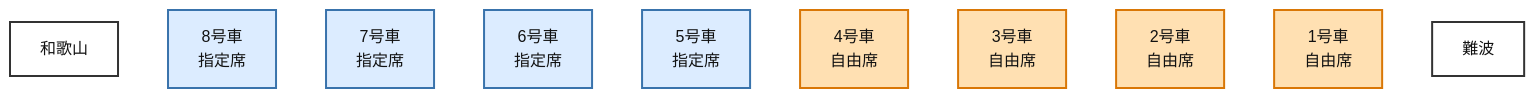
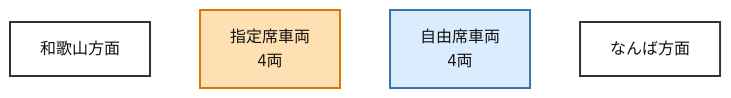
One commit to fukkamaru/digital-garden changed the diagram in content/32_Zk/nankai-southern-seat-car-layout.md. Above: the diagram before and after it, drawn with Mermaid. The commit also changed other lines of this file and 325 other files, not shown here.

````diff
--- a/content/32_Zk/nankai-southern-seat-car-layout.md
+++ b/content/32_Zk/nankai-southern-seat-car-layout.md
@@ -21,26 +25,12 @@
 ```mermaid
 flowchart LR
-    W["和歌山"]
-
-    C8["8号車<br/>指定席"]
-    C7["7号車<br/>指定席"]
-    C6["6号車<br/>指定席"]
-    C5["5号車<br/>指定席"]
-
-    C4["4号車<br/>自由席"]
-    C3["3号車<br/>自由席"]
-    C2["2号車<br/>自由席"]
-    C1["1号車<br/>自由席"]
-
-    N["難波"]
-
-    W ~~~ C8 ~~~ C7 ~~~ C6 ~~~ C5 ~~~ C4 ~~~ C3 ~~~ C2 ~~~ C1 ~~~ N
+    W["和歌山方面"] ~~~ R["指定席車両<br/>4両"] ~~~ F["自由席車両<br/>4両"] ~~~ N["なんば方面"]
 
     classDef station fill:#ffffff,stroke:#333,stroke-width:2px,color:#111;
     classDef free fill:#dcecff,stroke:#3973ac,stroke-width:2px,color:#111;
     classDef reserved fill:#ffe0b2,stroke:#d97706,stroke-width:2px,color:#111;
 
     class W,N station;
-    class C5,C6,C7,C8 free;
-    class C1,C2,C3,C4 reserved;
+    class F free;
+    class R reserved;
 ```
````
